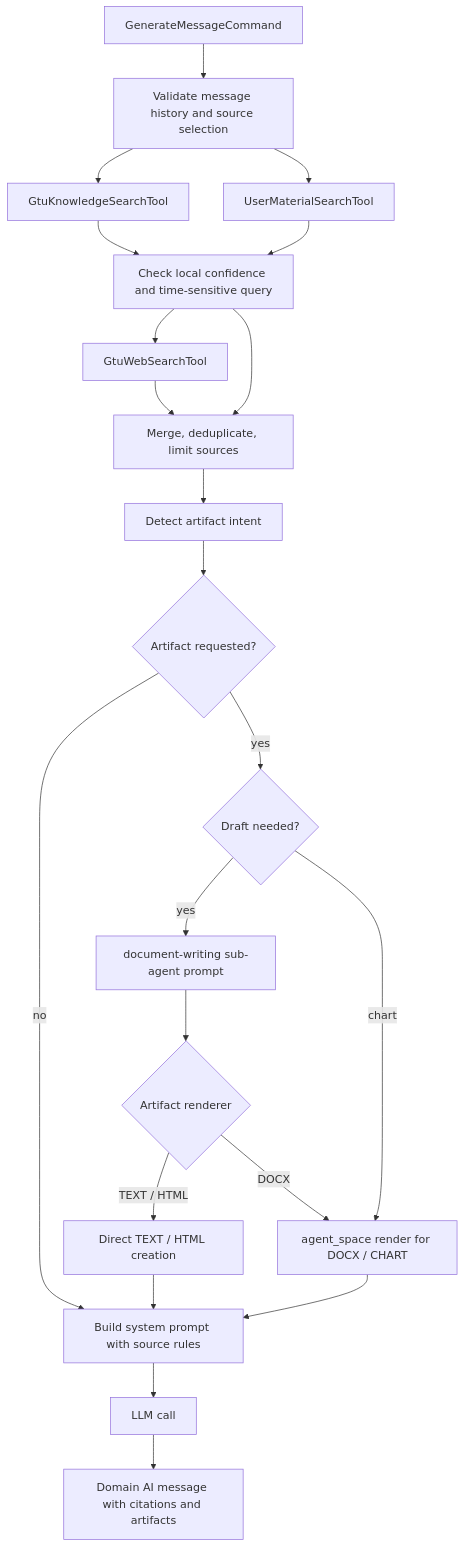
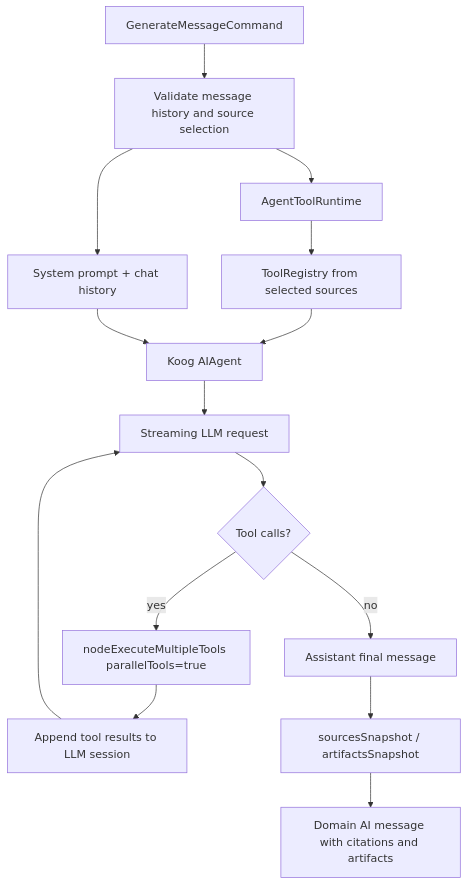
Before and after one commit to ErikGajiumarovi/gtu_ai_assistant: the sixth of 11 diagrams in DIPLOMA_DESCRIPTION.md, drawn with Mermaid. The commit also changed other lines of this file and 7 other files, not shown here.

````diff
--- a/DIPLOMA_DESCRIPTION.md
+++ b/DIPLOMA_DESCRIPTION.md
@@ -656,42 +660,31 @@
 ```mermaid
 flowchart TB
     Request["GenerateMessageCommand"]
     Validate["Validate message history and source selection"]
-    GtuTool["GtuKnowledgeSearchTool"]
-    MaterialTool["UserMaterialSearchTool"]
-    WebDecision["Check local confidence and time-sensitive query"]
-    WebTool["GtuWebSearchTool"]
-    Merge["Merge, deduplicate, limit sources"]
-    Intent["Detect artifact intent"]
-    ArtifactKind{"Artifact requested?"}
-    DraftNeeded{"Draft needed?"}
-    DraftSubAgent["document-writing sub-agent prompt"]
-    RenderDecision{"Artifact renderer"}
-    DirectArtifact["Direct TEXT / HTML creation"]
-    AgentSpace["agent_space render for DOCX / CHART"]
-    PromptBuild["Build system prompt with source rules"]
-    Llm["LLM call"]
+    Runtime["AgentToolRuntime"]
+    Registry["ToolRegistry from selected sources"]
+    Prompt["System prompt + chat history"]
+    Agent["Koog AIAgent"]
+    Llm["Streaming LLM request"]
+    ToolCalls{"Tool calls?"}
+    Execute["nodeExecuteMultipleTools parallelTools=true"]
+    ToolResults["Append tool results to LLM session"]
+    Final["Assistant final message"]
+    Snapshot["sourcesSnapshot / artifactsSnapshot"]
     Message["Domain AI message with citations and artifacts"]
 
     Request --> Validate
-    Validate --> GtuTool
-    Validate --> MaterialTool
-    GtuTool --> WebDecision
-    MaterialTool --> WebDecision
-    WebDecision --> WebTool
-    WebDecision --> Merge
-    WebTool --> Merge
-    Merge --> Intent
-    Intent --> ArtifactKind
-    ArtifactKind -->|no| PromptBuild
-    ArtifactKind -->|yes| DraftNeeded
-    DraftNeeded -->|yes| DraftSubAgent
-    DraftSubAgent --> RenderDecision
-    DraftNeeded -->|chart| AgentSpace
-    RenderDecision -->|TEXT / HTML| DirectArtifact
-    RenderDecision -->|DOCX| AgentSpace
-    DirectArtifact --> PromptBuild
-    AgentSpace --> PromptBuild
-    PromptBuild --> Llm
-    Llm --> Message
+    Validate --> Runtime
+    Runtime --> Registry
+    Validate --> Prompt
+    Registry --> Agent
+    Prompt --> Agent
+    Agent --> Llm
+    Llm --> ToolCalls
+    ToolCalls -->|yes| Execute
+    Execute --> ToolResults
+    ToolResults --> Llm
+    ToolCalls -->|no| Final
+    Final --> Snapshot
+    Snapshot --> Message
 ```
````
